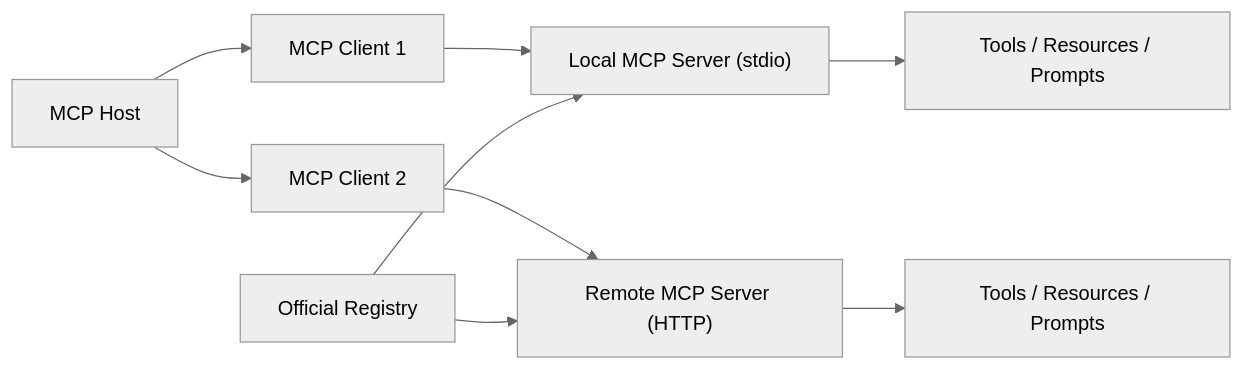
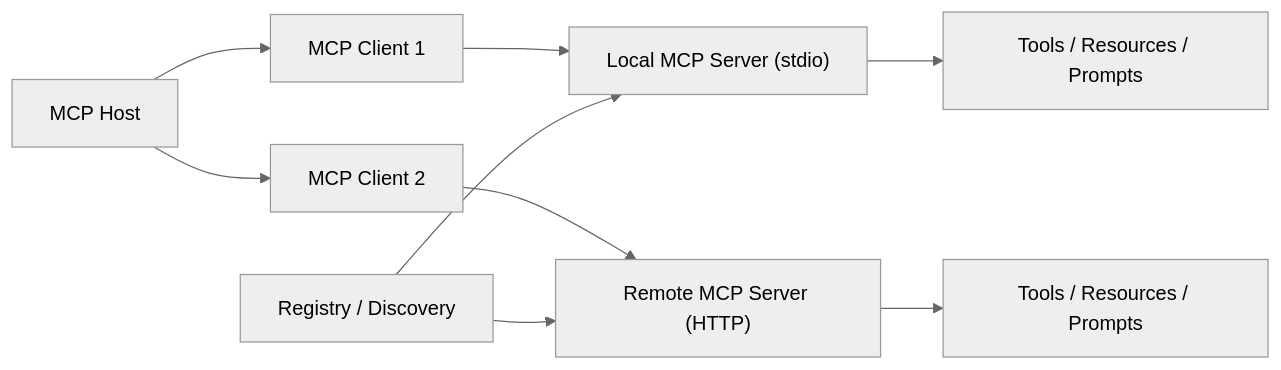
Before and after one commit to superliyang/tony-2026: the first of 2 diagrams in 01-Areas/AI-Open-Source/03-Projects/MCP Servers.md, drawn with Mermaid (neutral theme). The commit also changed other lines of this file and 3 other files, not shown here.

````diff
--- a/01-Areas/AI-Open-Source/03-Projects/MCP Servers.md
+++ b/01-Areas/AI-Open-Source/03-Projects/MCP Servers.md
@@ -98,11 +153,11 @@
 ```mermaid
 flowchart LR
   H["MCP Host"] --> C1["MCP Client 1"]
   H --> C2["MCP Client 2"]
   C1 --> S1["Local MCP Server (stdio)"]
   C2 --> S2["Remote MCP Server (HTTP)"]
   S1 --> T1["Tools / Resources / Prompts"]
   S2 --> T2["Tools / Resources / Prompts"]
-  R["Official Registry"] --> S1
+  R["Registry / Discovery"] --> S1
   R --> S2
 ```
````
